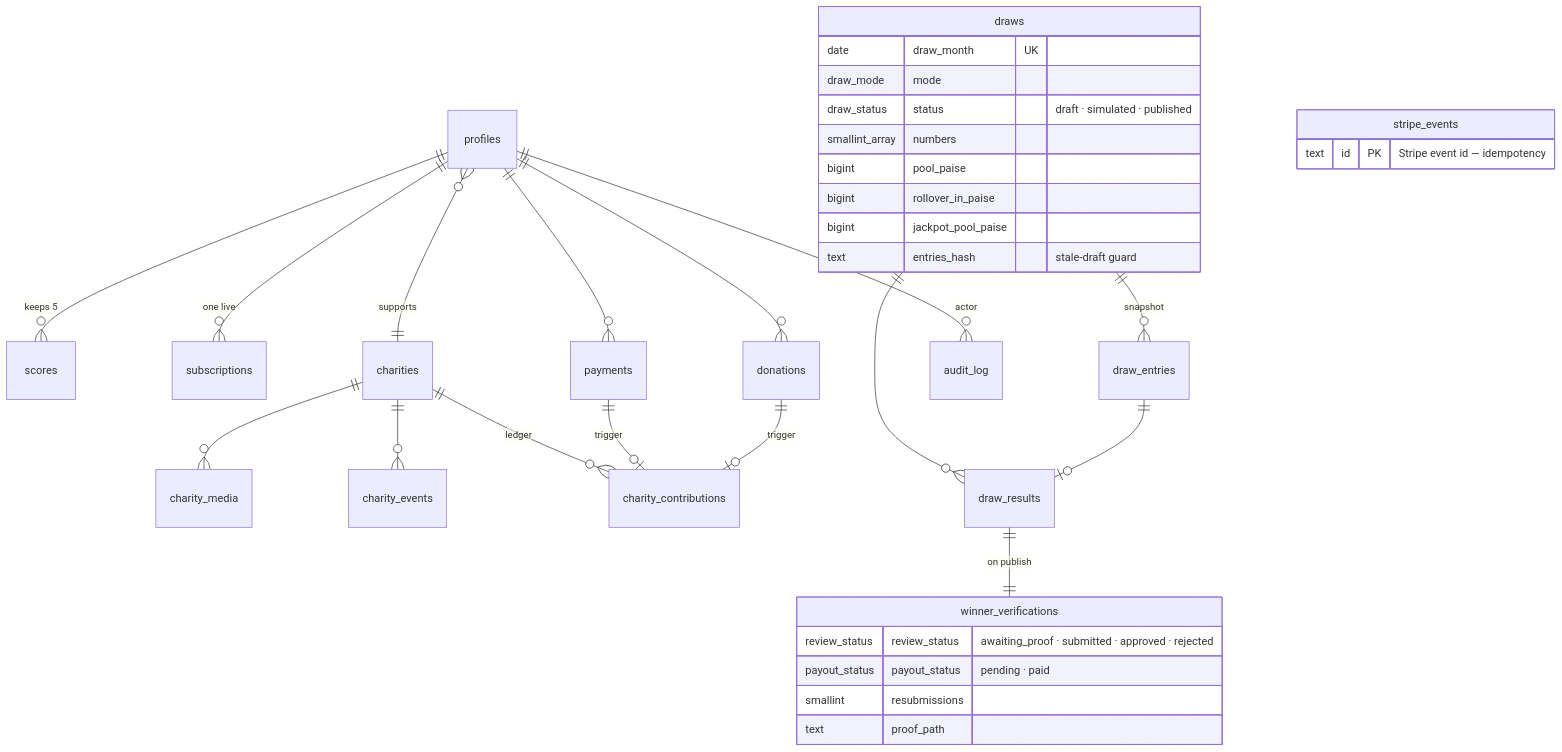
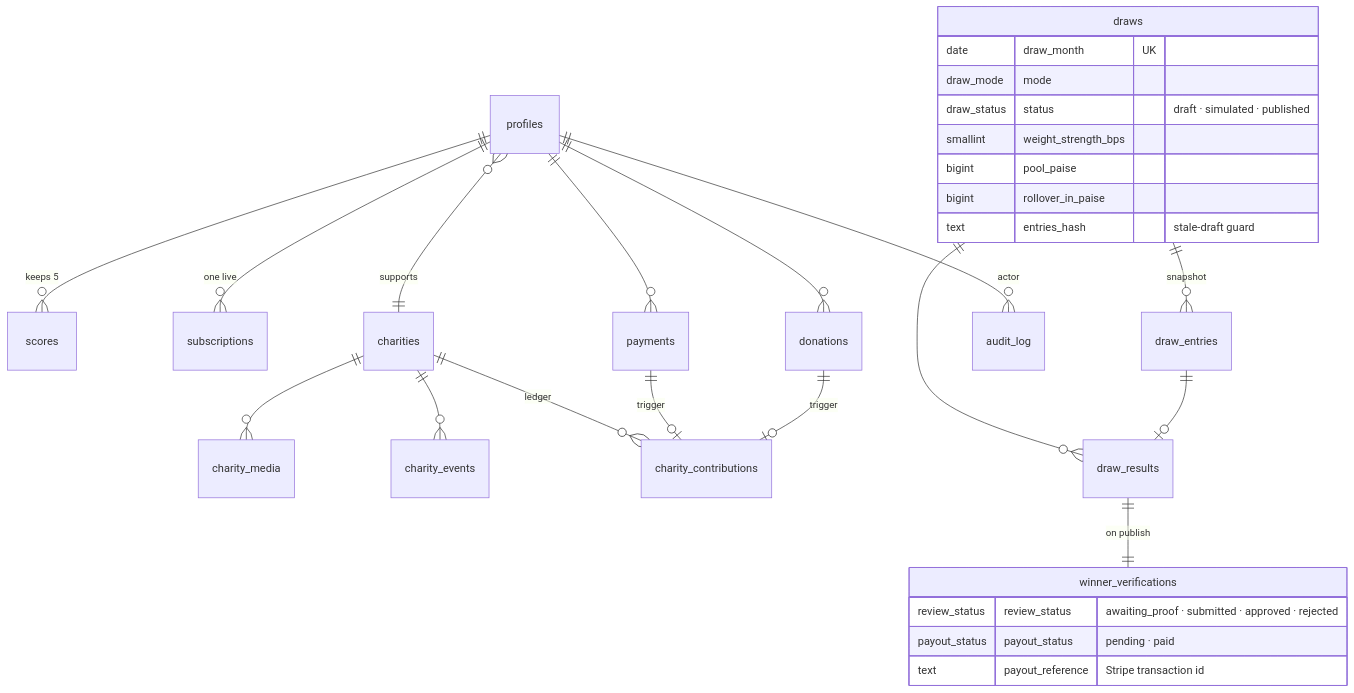
The second of 2 diagrams in README.md (abrasive519mars/kindscore), drawn with Mermaid before and after one commit. The commit also changed other lines of this file and 16 other files, not shown here.

````diff
--- a/README.md
+++ b/README.md
@@ -77,37 +103,32 @@
 ```mermaid
 erDiagram
   profiles ||--o{ scores : "keeps 5"
   profiles ||--o{ subscriptions : "one live"
   profiles ||--o{ payments : ""
   profiles ||--o{ donations : ""
   profiles }o--|| charities : "supports"
   charities ||--o{ charity_media : ""
   charities ||--o{ charity_events : ""
   charities ||--o{ charity_contributions : "ledger"
   payments ||--o| charity_contributions : "trigger"
   donations ||--o| charity_contributions : "trigger"
   draws ||--o{ draw_entries : "snapshot"
   draws ||--o{ draw_results : ""
   draw_entries ||--o| draw_results : ""
   draw_results ||--|| winner_verifications : "on publish"
   profiles ||--o{ audit_log : "actor"
-  stripe_events {
-    text id PK "Stripe event id — idempotency"
-  }
   draws {
     date draw_month UK
     draw_mode mode
     draw_status status "draft · simulated · published"
-    smallint_array numbers
+    smallint weight_strength_bps
     bigint pool_paise
     bigint rollover_in_paise
-    bigint jackpot_pool_paise
     text entries_hash "stale-draft guard"
   }
   winner_verifications {
     review_status review_status "awaiting_proof · submitted · approved · rejected"
     payout_status payout_status "pending · paid"
-    smallint resubmissions
-    text proof_path
+    text payout_reference "Stripe transaction id"
   }
 ```
````
